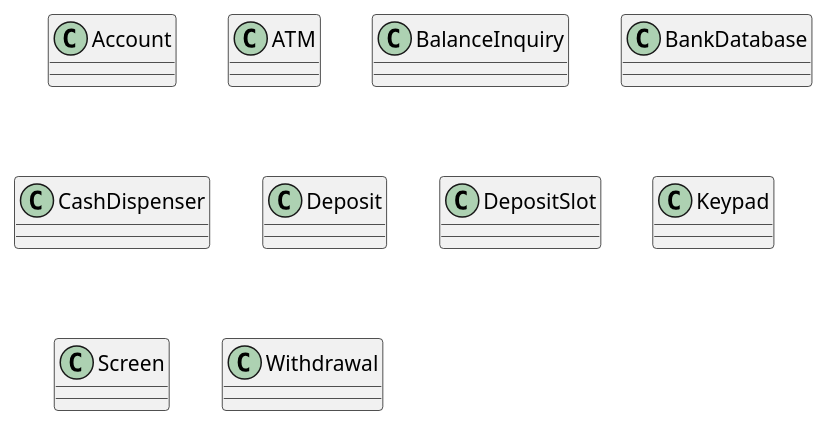
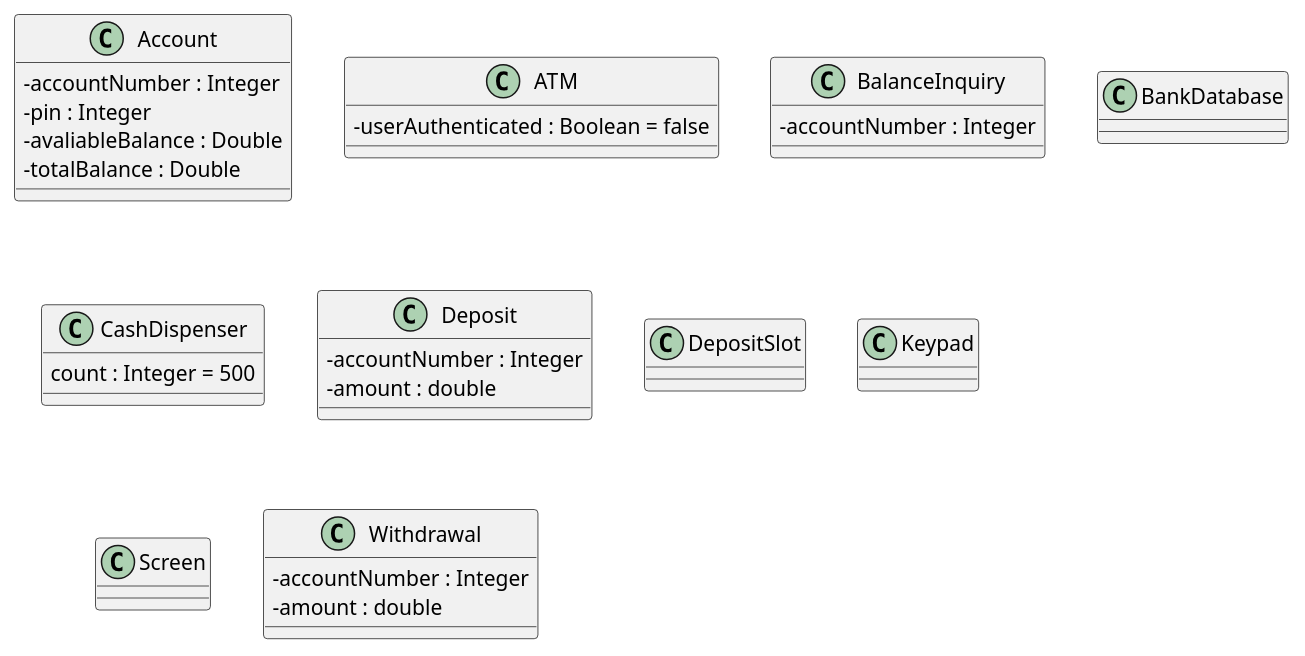
One commit to marcuswlima/learning changed the diagram in c++/Deitel/atm/diagrama-classes.puml. Above: the diagram before and after it, drawn with PlantUML. The commit also changed 5 other files, not shown here.

```diff
--- a/c++/Deitel/atm/diagrama-classes.puml
+++ b/c++/Deitel/atm/diagrama-classes.puml
@@ -1,41 +1,50 @@
 @startuml
 skinparam classAttributeIconSize 0
 
 class Account{
+    - accountNumber : Integer
+    - pin : Integer
+    - avaliableBalance : Double
+    - totalBalance : Double
 
 }
 class ATM {
+    - userAuthenticated : Boolean = false
 
 }
 class BalanceInquiry{
+    - accountNumber : Integer
 
 }
 class BankDatabase{
 
 }
 class CashDispenser{
+    count : Integer = 500
 
 }
 
 class Deposit{
-
+    - accountNumber : Integer
+    - amount : double
 }
 
 class DepositSlot{
 
 }
 
 class Keypad{
 
 }
 class Screen {
 
 }
 
 class Withdrawal{
-
+    - accountNumber : Integer
+    - amount : double
 }
 
 
 
 @enduml
```
